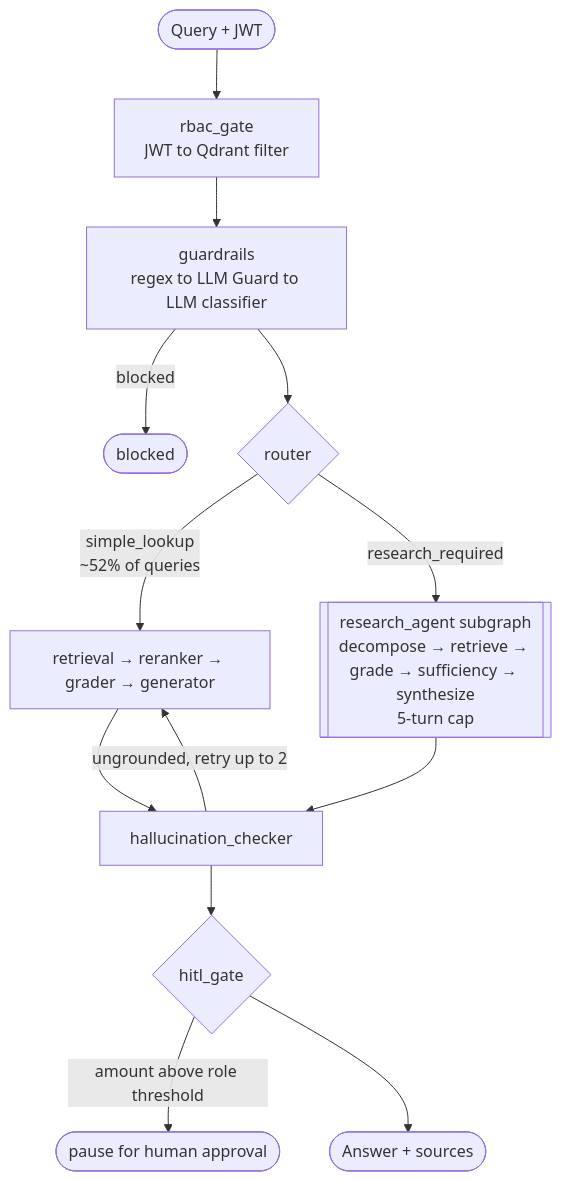
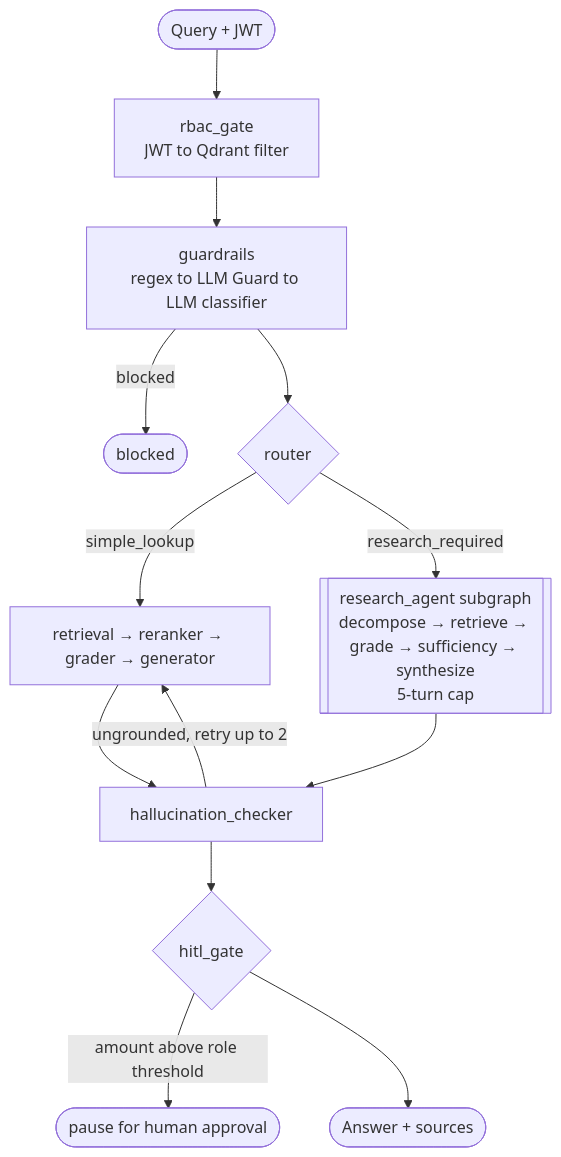
One commit to Rishabhmannu/financebench-rag-agent changed the diagram in README.md. Above: the diagram before and after it, drawn with Mermaid. The commit also changed other lines of this file, not shown here.

````diff
--- a/README.md
+++ b/README.md
@@ -19,15 +13,15 @@
 ```mermaid
 flowchart TD
     Q([Query + JWT]) --> RBAC[rbac_gate<br/>JWT to Qdrant filter]
     RBAC --> Guard[guardrails<br/>regex to LLM Guard to LLM classifier]
     Guard -->|blocked| Block([blocked])
     Guard --> Route{router}
-    Route -->|simple_lookup<br/>~52% of queries| Direct[retrieval → reranker → grader → generator]
+    Route -->|simple_lookup| Direct[retrieval → reranker → grader → generator]
     Route -->|research_required| Agent[[research_agent subgraph<br/>decompose → retrieve → grade → sufficiency → synthesize<br/>5-turn cap]]
     Direct --> Halu[hallucination_checker]
     Agent --> Halu
     Halu -->|ungrounded, retry up to 2| Direct
     Halu --> HITL{hitl_gate}
     HITL -->|amount above role threshold| Pause([pause for human approval])
     HITL --> Out([Answer + sources])
 ```
````
